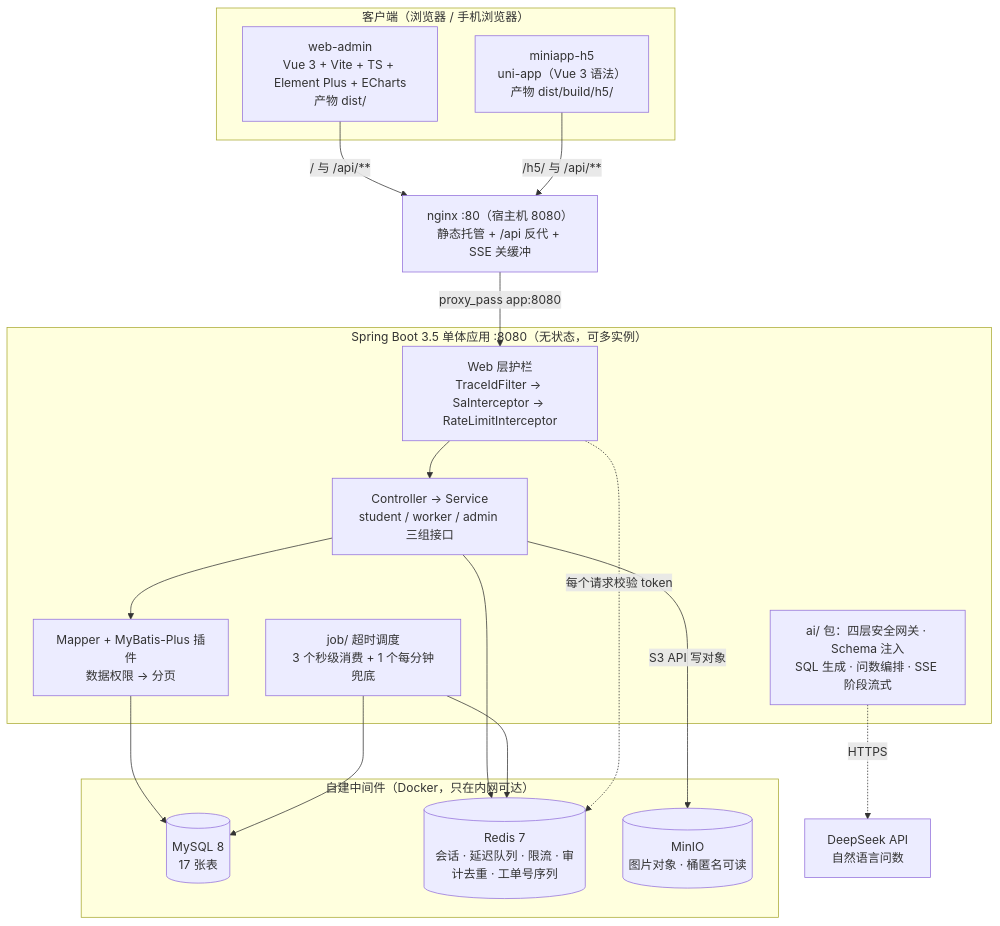
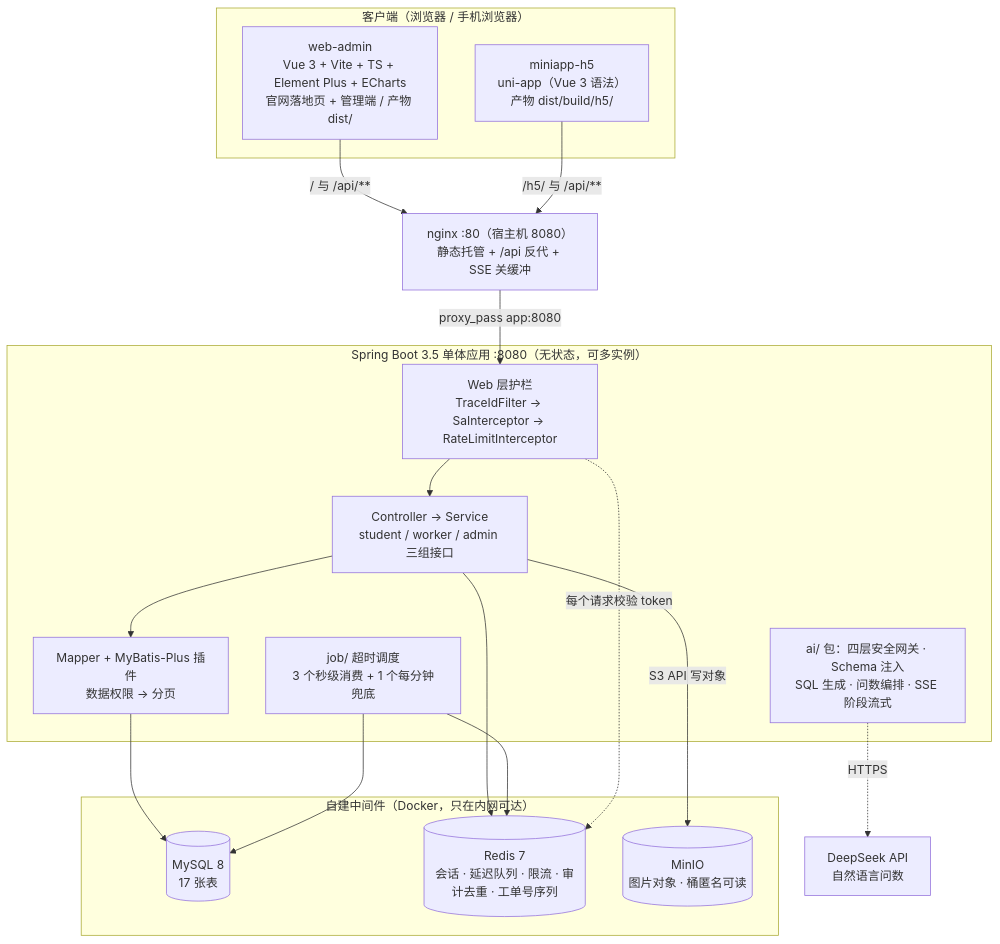
One commit to bluemalic/repair-platform changed the second of 13 diagrams in docs/06-架构图.md. Above: the diagram before and after it, drawn with Mermaid. The commit also changed other lines of this file and 20 other files, not shown here.

````diff
--- a/docs/06-架构图.md
+++ b/docs/06-架构图.md
@@ -76,38 +76,38 @@
 ```mermaid
 flowchart TB
     subgraph client["客户端（浏览器 / 手机浏览器）"]
-        adminApp["web-admin<br/>Vue 3 + Vite + TS + Element Plus + ECharts<br/>产物 dist/"]
+        adminApp["web-admin<br/>Vue 3 + Vite + TS + Element Plus + ECharts<br/>官网落地页 + 管理端 / 产物 dist/"]
         h5App["miniapp-h5<br/>uni-app（Vue 3 语法）<br/>产物 dist/build/h5/"]
     end
 
     nginx["nginx :80（宿主机 8080）<br/>静态托管 + /api 反代 + SSE 关缓冲"]
 
     subgraph boot["Spring Boot 3.5 单体应用 :8080（无状态，可多实例）"]
         guard["Web 层护栏<br/>TraceIdFilter → SaInterceptor → RateLimitInterceptor"]
         biz["Controller → Service<br/>student / worker / admin 三组接口"]
         orm["Mapper + MyBatis-Plus 插件<br/>数据权限 → 分页"]
         sched["job/ 超时调度<br/>3 个秒级消费 + 1 个每分钟兜底"]
         aiPkg["ai/ 包：四层安全网关 · Schema 注入<br/>SQL 生成 · 问数编排 · SSE 阶段流式"]
     end
 
     subgraph infra["自建中间件（Docker，只在内网可达）"]
         mysql[("MySQL 8<br/>17 张表")]
         redis[("Redis 7<br/>会话 · 延迟队列 · 限流 · 审计去重 · 工单号序列")]
         minio[("MinIO<br/>图片对象 · 桶匿名可读")]
     end
 
     deepseek["DeepSeek API<br/>自然语言问数"]
 
     adminApp -->|"/ 与 /api/**"| nginx
     h5App -->|"/h5/ 与 /api/**"| nginx
     nginx -->|"proxy_pass app:8080"| guard
     guard --> biz
     biz --> orm
     orm --> mysql
     biz --> redis
     biz -->|"S3 API 写对象"| minio
     sched --> redis
     sched --> mysql
     guard -.->|"每个请求校验 token"| redis
     aiPkg -.->|"HTTPS"| deepseek
 ```
````
